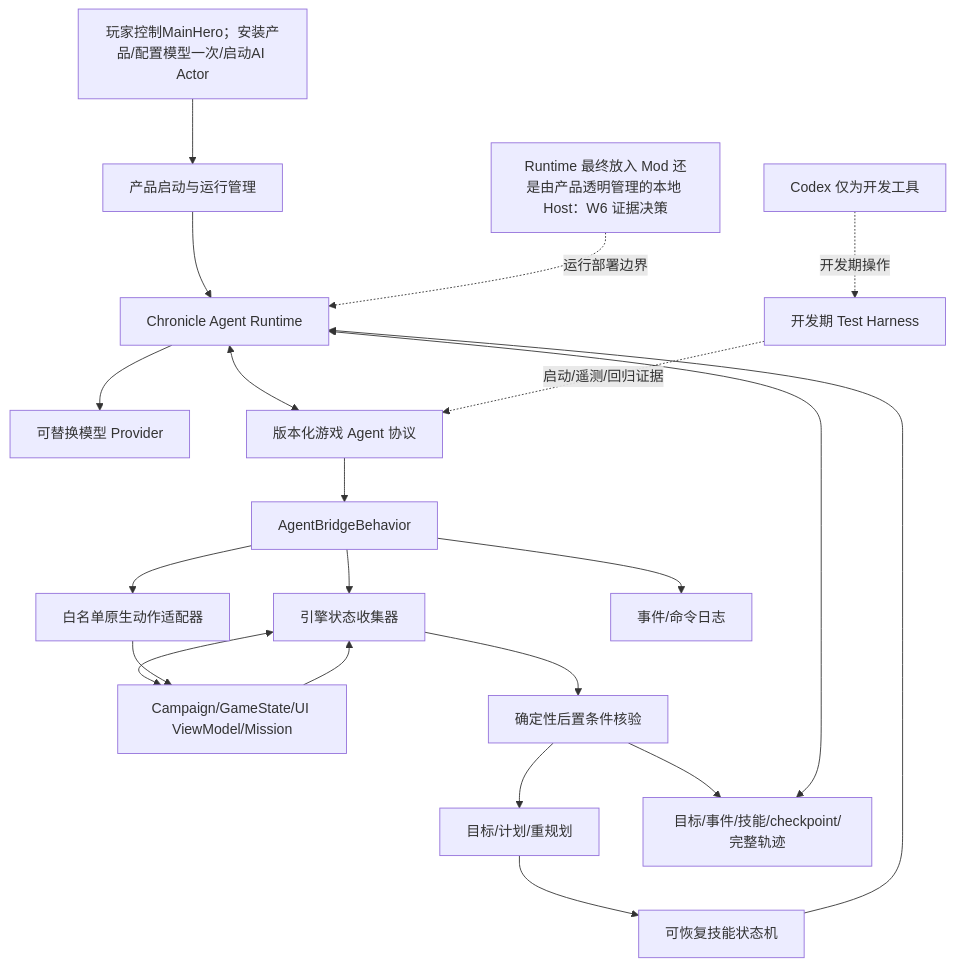
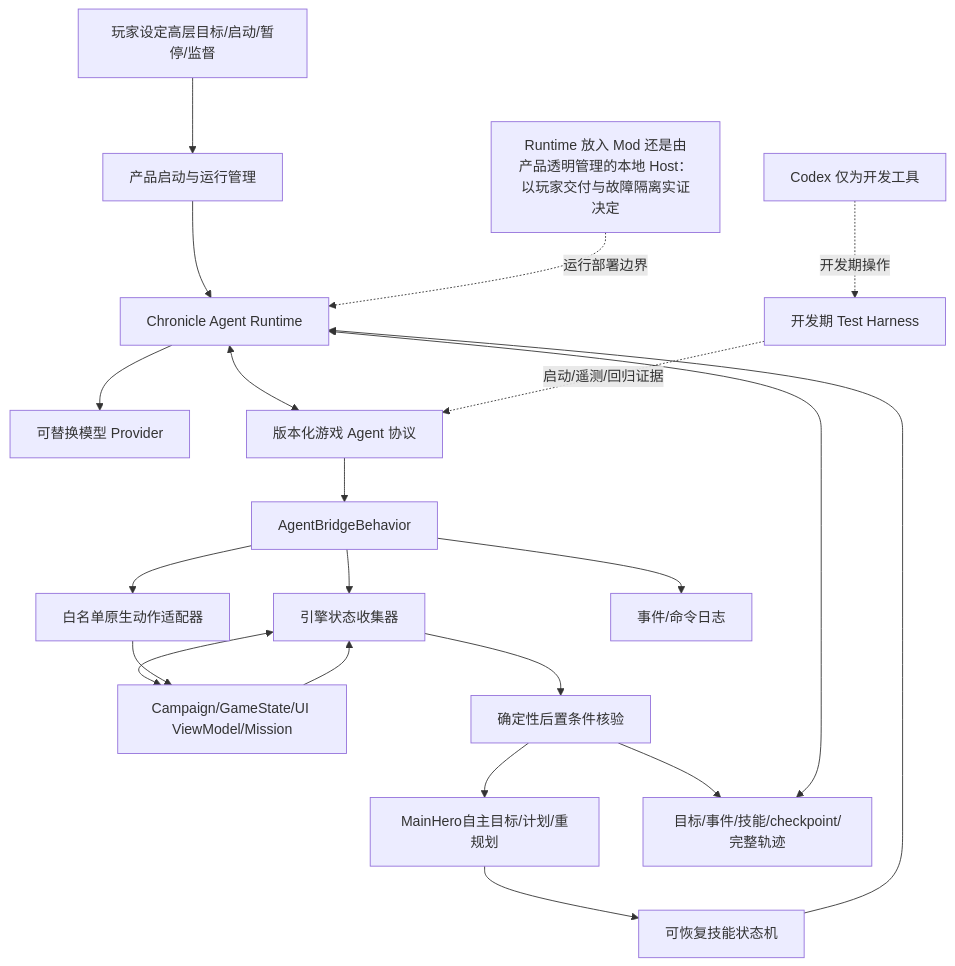
Before and after one commit to c3115644151/chronicle-framework-agent: the second of 3 diagrams in Dev/ChronicleFramework/Focus/MAINLINE.md, drawn with Mermaid. The commit also changed other lines of this file and 8 other files, not shown here.

Commit message:
Clarify autonomous MainHero product direction

````diff
--- a/Dev/ChronicleFramework/Focus/MAINLINE.md
+++ b/Dev/ChronicleFramework/Focus/MAINLINE.md
@@ -348,23 +361,23 @@
 ```mermaid
 flowchart TD
-    Player[玩家控制MainHero；安装产品/配置模型一次/启动AI Actor] --> ProductShell[产品启动与运行管理]
+    Operator[玩家设定高层目标/启动/暂停/监督] --> ProductShell[产品启动与运行管理]
     ProductShell --> Runtime[Chronicle Agent Runtime]
     Runtime --> Provider[可替换模型 Provider]
     Runtime <--> Protocol[版本化游戏 Agent 协议]
     Protocol --> Bridge[AgentBridgeBehavior]
     Bridge --> Collector[引擎状态收集器]
     Bridge --> Dispatcher[白名单原生动作适配器]
     Bridge --> Journal[事件/命令日志]
     Collector <--> Engine[Campaign/GameState/UI ViewModel/Mission]
     Dispatcher --> Engine
     Engine --> Collector
     Collector --> Verifier[确定性后置条件核验]
-    Verifier --> Planner[目标/计划/重规划]
+    Verifier --> Planner[MainHero自主目标/计划/重规划]
     Planner --> Skills[可恢复技能状态机]
     Skills --> Runtime
     Verifier --> Memory[目标/事件/技能/checkpoint/完整轨迹]
     Memory <--> Runtime
     DevHarness[开发期 Test Harness] -.启动/遥测/回归证据.-> Protocol
     DevCodex[Codex 仅为开发工具] -.开发期操作.-> DevHarness
-    RuntimePlacement[Runtime 最终放入 Mod 还是由产品透明管理的本地 Host：W6 证据决策] -.运行部署边界.-> Runtime
+    RuntimePlacement[Runtime 放入 Mod 还是由产品透明管理的本地 Host：以玩家交付与故障隔离实证决定] -.运行部署边界.-> Runtime
 ```
````
